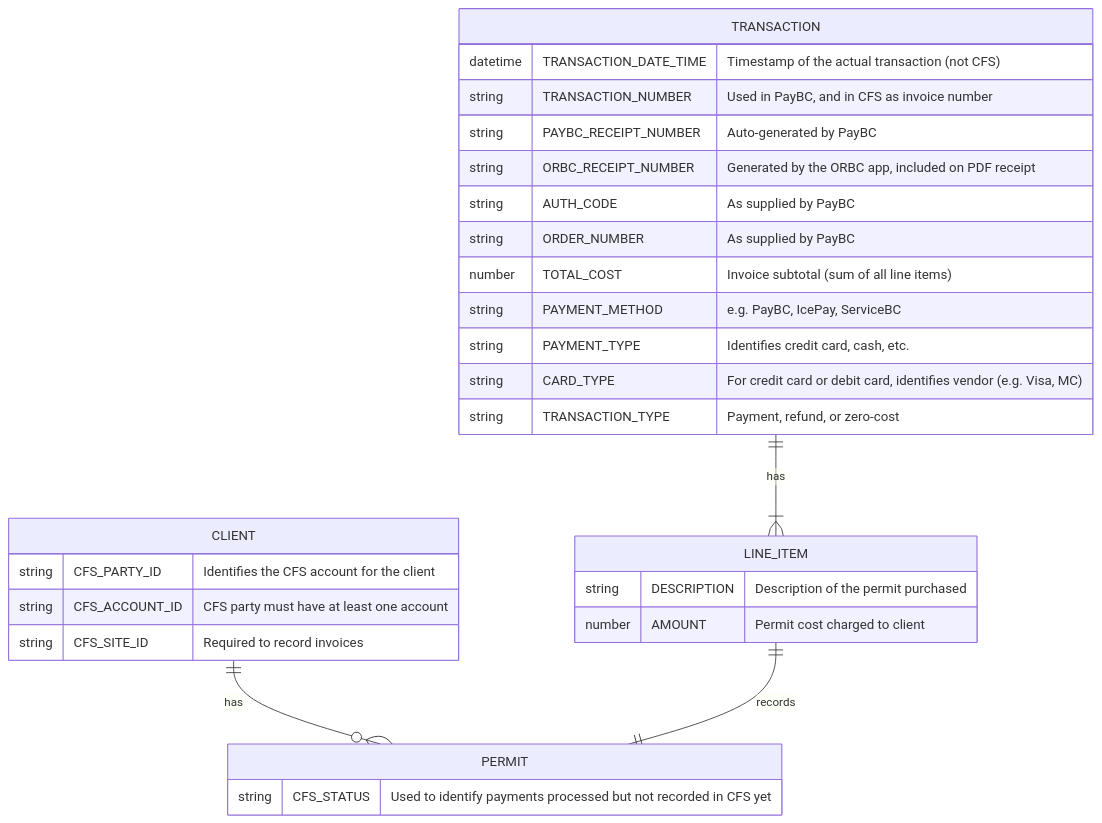
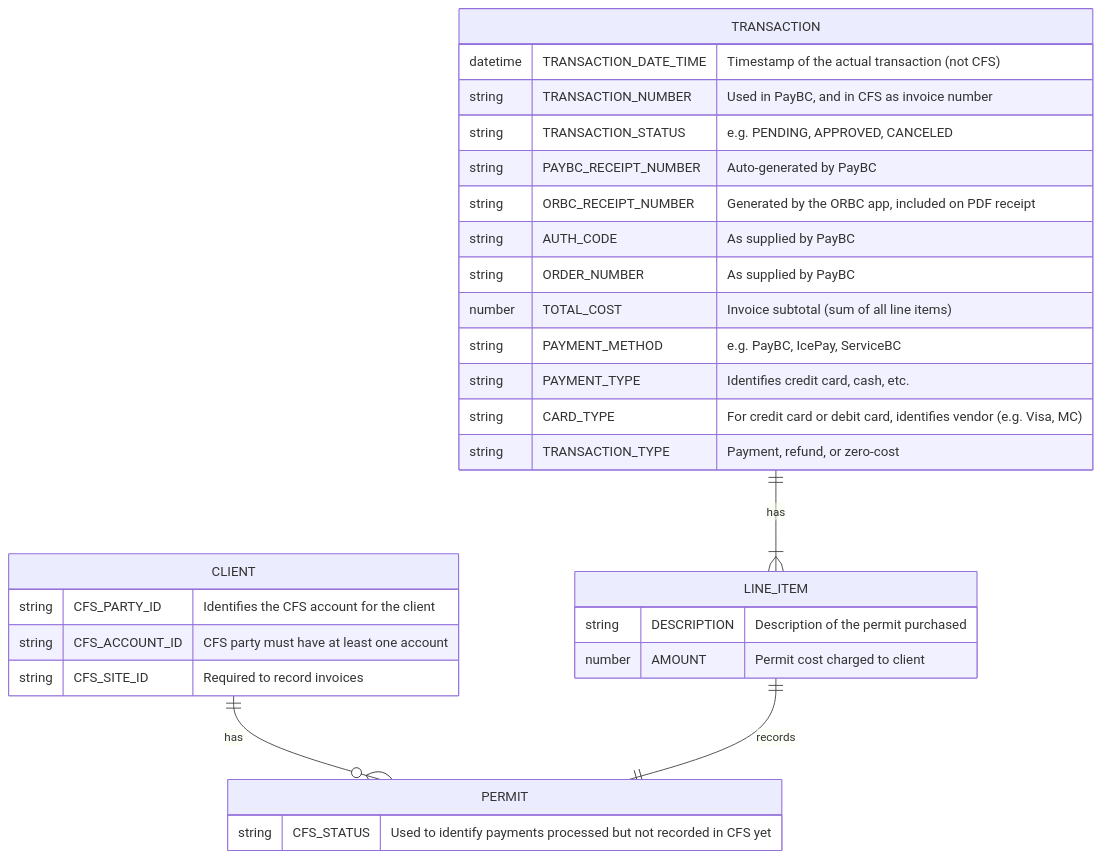
Before and after one commit to bcgov/onroutebc: the diagram in common/payment/Payment Data Model.md, drawn with Mermaid.

Commit message:
Add transaction status to TRANSACTION entity

````diff
--- a/common/payment/Payment Data Model.md
+++ b/common/payment/Payment Data Model.md
@@ -5,31 +5,32 @@
 ```mermaid
 erDiagram
     CLIENT ||--o{ PERMIT : has
     CLIENT {
         string CFS_PARTY_ID "Identifies the CFS account for the client"
         string CFS_ACCOUNT_ID "CFS party must have at least one account"
         string CFS_SITE_ID "Required to record invoices"
     }
     TRANSACTION ||--|{ LINE_ITEM: has
     TRANSACTION {
         datetime TRANSACTION_DATE_TIME "Timestamp of the actual transaction (not CFS)"
         string TRANSACTION_NUMBER "Used in PayBC, and in CFS as invoice number"
+        string TRANSACTION_STATUS "e.g. PENDING, APPROVED, CANCELED"
         string PAYBC_RECEIPT_NUMBER "Auto-generated by PayBC"
         string ORBC_RECEIPT_NUMBER "Generated by the ORBC app, included on PDF receipt"
         string AUTH_CODE "As supplied by PayBC"
         string ORDER_NUMBER "As supplied by PayBC"
         number TOTAL_COST "Invoice subtotal (sum of all line items)"
         string PAYMENT_METHOD "e.g. PayBC, IcePay, ServiceBC"
         string PAYMENT_TYPE "Identifies credit card, cash, etc."
         string CARD_TYPE "For credit card or debit card, identifies vendor (e.g. Visa, MC)"
         string TRANSACTION_TYPE "Payment, refund, or zero-cost"
     }
     LINE_ITEM {
         string DESCRIPTION "Description of the permit purchased"
         number AMOUNT "Permit cost charged to client"
     }
     LINE_ITEM ||--|| PERMIT: records
     PERMIT {
         string CFS_STATUS "Used to identify payments processed but not recorded in CFS yet"
     }
 ```
````
